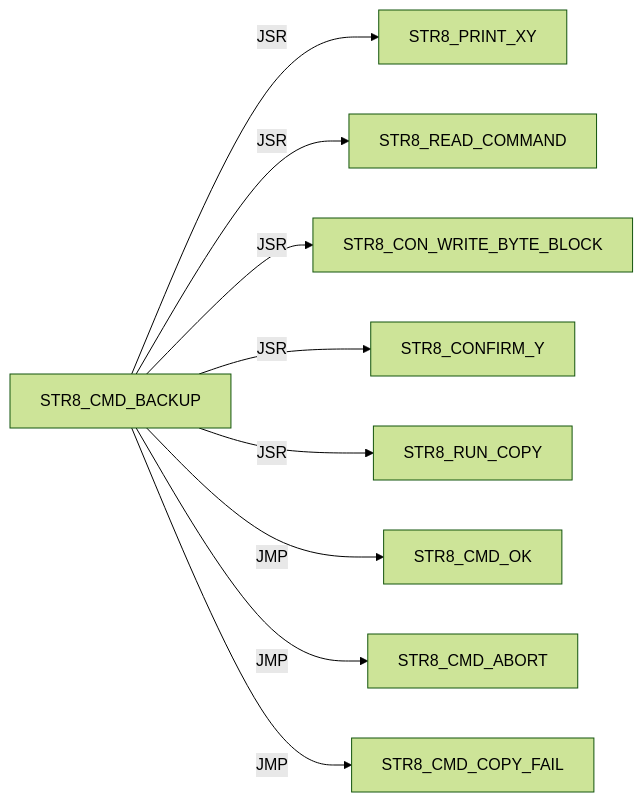
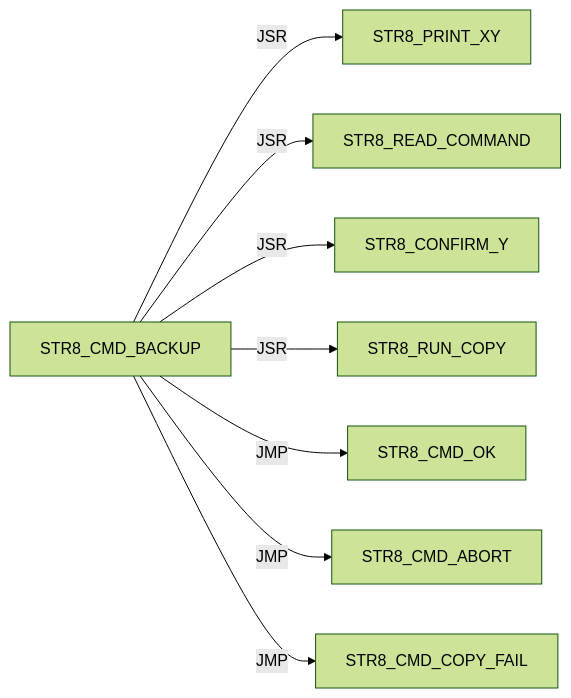
One commit to 95westus/R-YORS changed diagram 35 of 45 in DOC/GUIDES/STR8/STR8_EDGE_DUMP.md. Above: the diagram before and after it, drawn with Mermaid (forest theme). The commit also changed other lines of this file and 42 other files, not shown here.

````diff
--- a/DOC/GUIDES/STR8/STR8_EDGE_DUMP.md
+++ b/DOC/GUIDES/STR8/STR8_EDGE_DUMP.md
@@ -413,11 +415,10 @@
 ```mermaid
 flowchart LR
     N0["STR8_CMD_BACKUP"] -->|JSR| N1["STR8_PRINT_XY"]
     N0["STR8_CMD_BACKUP"] -->|JSR| N2["STR8_READ_COMMAND"]
-    N0["STR8_CMD_BACKUP"] -->|JSR| N3["STR8_CON_WRITE_BYTE_BLOCK"]
-    N0["STR8_CMD_BACKUP"] -->|JSR| N4["STR8_CONFIRM_Y"]
-    N0["STR8_CMD_BACKUP"] -->|JSR| N5["STR8_RUN_COPY"]
-    N0["STR8_CMD_BACKUP"] -->|JMP| N6["STR8_CMD_OK"]
-    N0["STR8_CMD_BACKUP"] -->|JMP| N7["STR8_CMD_ABORT"]
-    N0["STR8_CMD_BACKUP"] -->|JMP| N8["STR8_CMD_COPY_FAIL"]
+    N0["STR8_CMD_BACKUP"] -->|JSR| N3["STR8_CONFIRM_Y"]
+    N0["STR8_CMD_BACKUP"] -->|JSR| N4["STR8_RUN_COPY"]
+    N0["STR8_CMD_BACKUP"] -->|JMP| N5["STR8_CMD_OK"]
+    N0["STR8_CMD_BACKUP"] -->|JMP| N6["STR8_CMD_ABORT"]
+    N0["STR8_CMD_BACKUP"] -->|JMP| N7["STR8_CMD_COPY_FAIL"]
 ```
````
